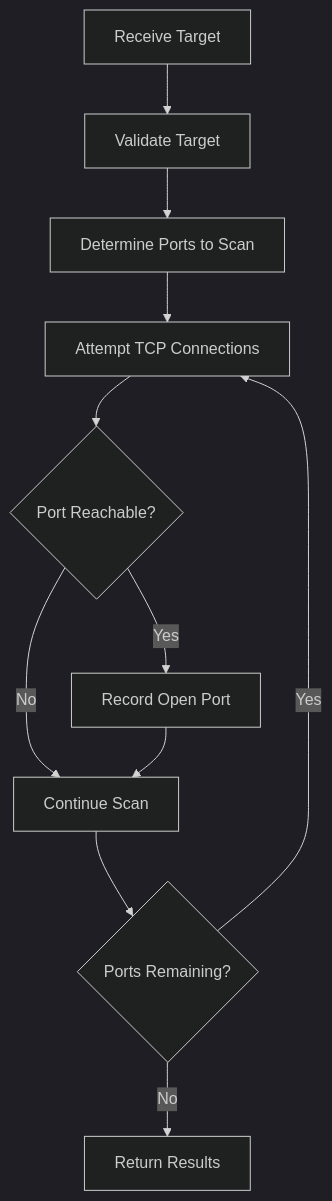
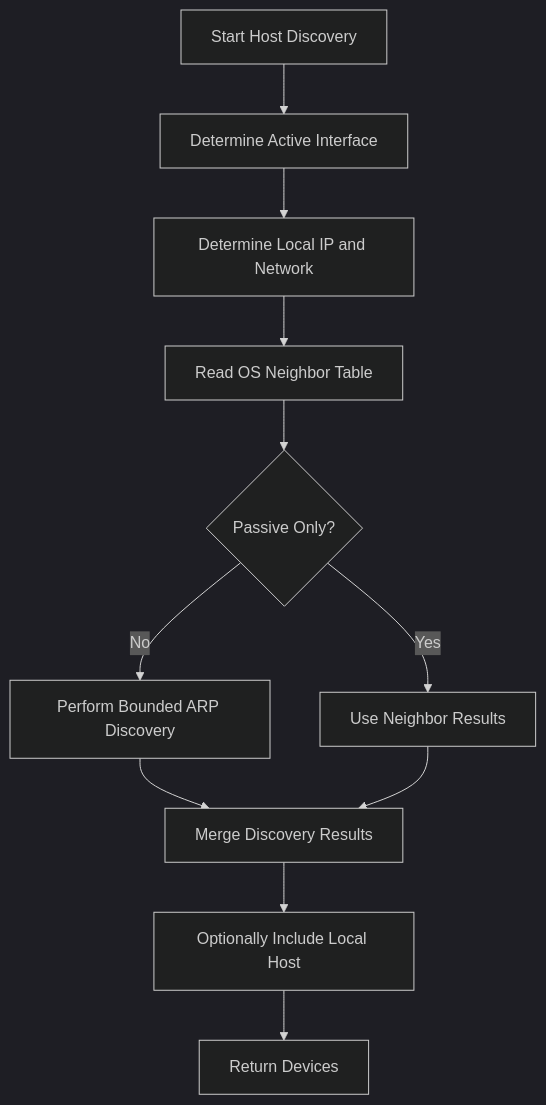
Before and after one commit to zgreene1/CPSC-491-Project: the second of 3 diagrams in README.md, drawn with Mermaid (dark theme). The commit also changed other lines of this file and 9 other files, not shown here.

````diff
--- a/README.md
+++ b/README.md
@@ -196,13 +385,13 @@
 ```mermaid
 flowchart TD
-    A[Receive Target] --> B[Validate Target]
-    B --> C[Determine Ports to Scan]
-    C --> D[Attempt TCP Connections]
-    D --> E{Port Reachable?}
-    E -->|Yes| F[Record Open Port]
-    E -->|No| G[Continue Scan]
-    F --> G
-    G --> H{Ports Remaining?}
-    H -->|Yes| D
-    H -->|No| I[Return Results]
+    A[Start Host Discovery] --> B[Determine Active Interface]
+    B --> C[Determine Local IP and Network]
+    C --> D[Read OS Neighbor Table]
+    D --> E{Passive Only?}
+    E -->|No| F[Perform Bounded ARP Discovery]
+    E -->|Yes| G[Use Neighbor Results]
+    F --> H[Merge Discovery Results]
+    G --> H
+    H --> I[Optionally Include Local Host]
+    I --> J[Return Devices]
 ```
````
